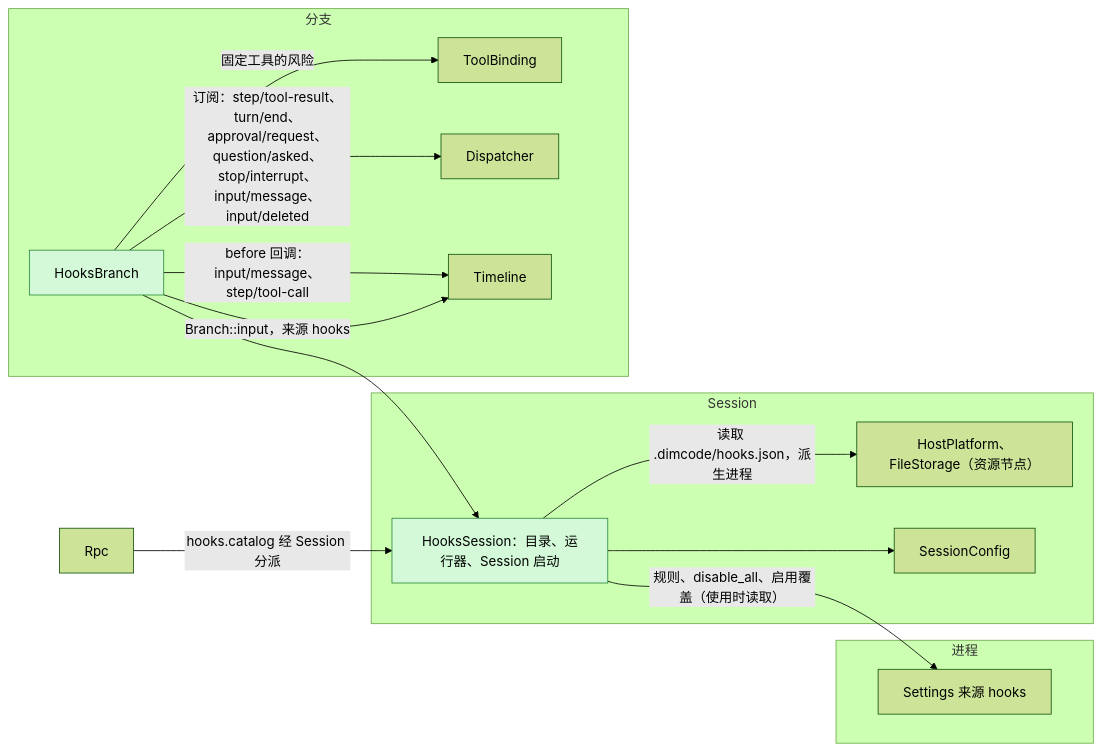
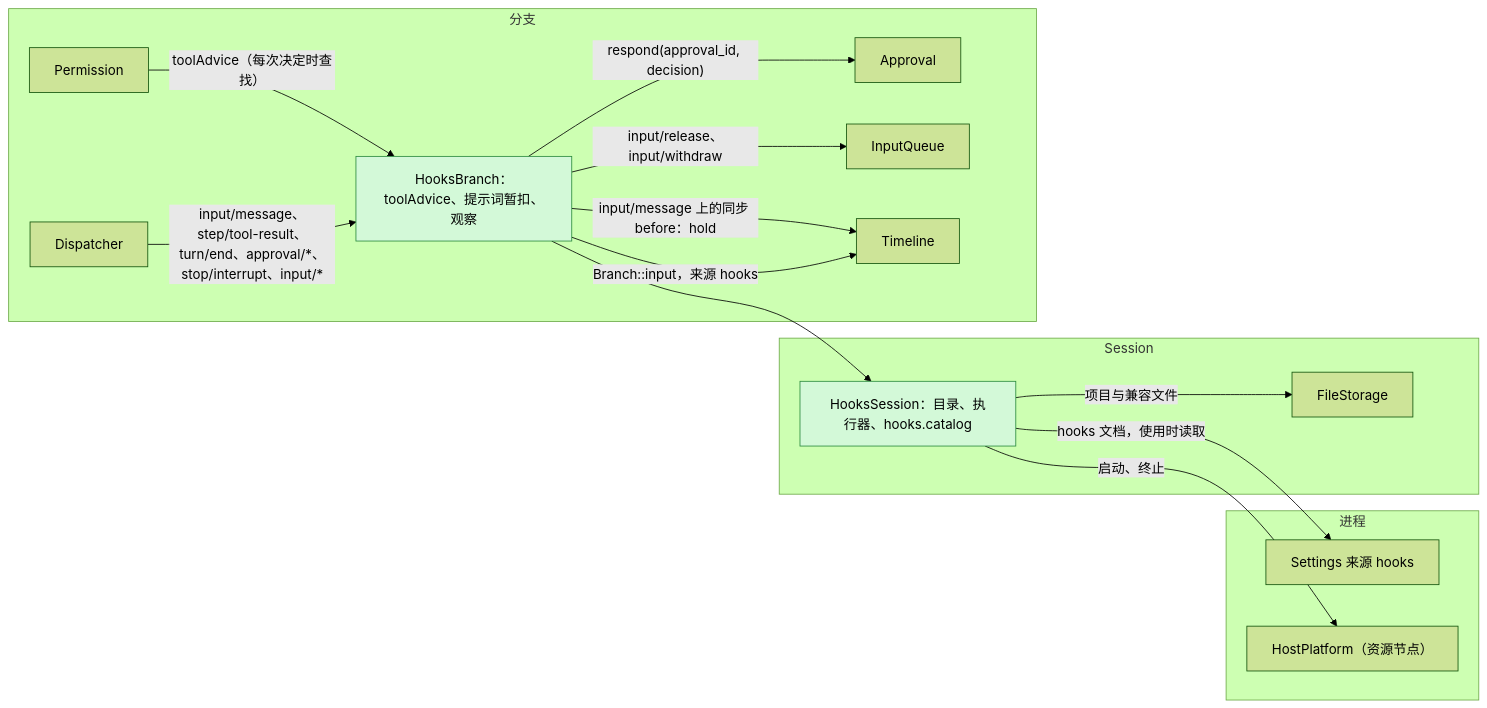
Before and after one commit to CoutinhoTTS/dim-agent: the first of 6 diagrams in docs/zh/design/plugins/Hooks.md, drawn with Mermaid (forest theme). The commit also changed other lines of this file, not shown here.

Commit message:
docs: add Chinese mirror of the Hooks design (#143)

````diff
--- a/docs/zh/design/plugins/Hooks.md
+++ b/docs/zh/design/plugins/Hooks.md
@@ -11,28 +21,30 @@
 ```mermaid
 flowchart LR
   subgraph PROC["进程"]
     Settings["Settings 来源 hooks"]
+    HP["HostPlatform（资源节点）"]
   end
   subgraph SESS["Session"]
-    HS["HooksSession：目录、运行器、Session 启动"]:::new
-    HP["HostPlatform、FileStorage（资源节点）"]
-    CFG["SessionConfig"]
+    HS["HooksSession：目录、执行器、hooks.catalog"]:::new
+    FS["FileStorage"]
   end
   subgraph BR["分支"]
-    HB["HooksBranch"]:::new
-    TB["ToolBinding"]
+    HB["HooksBranch：toolAdvice、提示词暂扣、观察"]:::new
+    PM["Permission"]
+    AP["Approval"]
+    IQ["InputQueue"]
+    TL["Timeline"]
     DP["Dispatcher"]
-    TL["Timeline"]
   end
-  Rpc["Rpc"]
-  HS -->|"规则、disable_all、启用覆盖（使用时读取）"| Settings
-  HS -->|"读取 .dimcode/hooks.json，派生进程"| HP
-  HS --> CFG
+  HS -->|"hooks 文档，使用时读取"| Settings
+  HS -->|"项目与兼容文件"| FS
+  HS -->|"启动、终止"| HP
   HB --> HS
-  HB -->|"before 回调：input/message、step/tool-call"| TL
-  HB -->|"固定工具的风险"| TB
-  HB -->|"订阅：step/tool-result、turn/end、approval/request、question/asked、stop/interrupt、input/message、input/deleted"| DP
+  PM -->|"toolAdvice（每次决定时查找）"| HB
+  HB -->|"respond(approval_id, decision)"| AP
+  HB -->|"input/release、input/withdraw"| IQ
+  HB -->|"input/message 上的同步 before：hold"| TL
   HB -->|"Branch::input，来源 hooks"| TL
-  Rpc -->|"hooks.catalog 经 Session 分派"| HS
+  DP -->|"input/message、step/tool-result、turn/end、approval/*、stop/interrupt、input/*"| HB
   classDef new fill:#d3f9d8,stroke:#2b8a3e,color:#000
 ```
````
